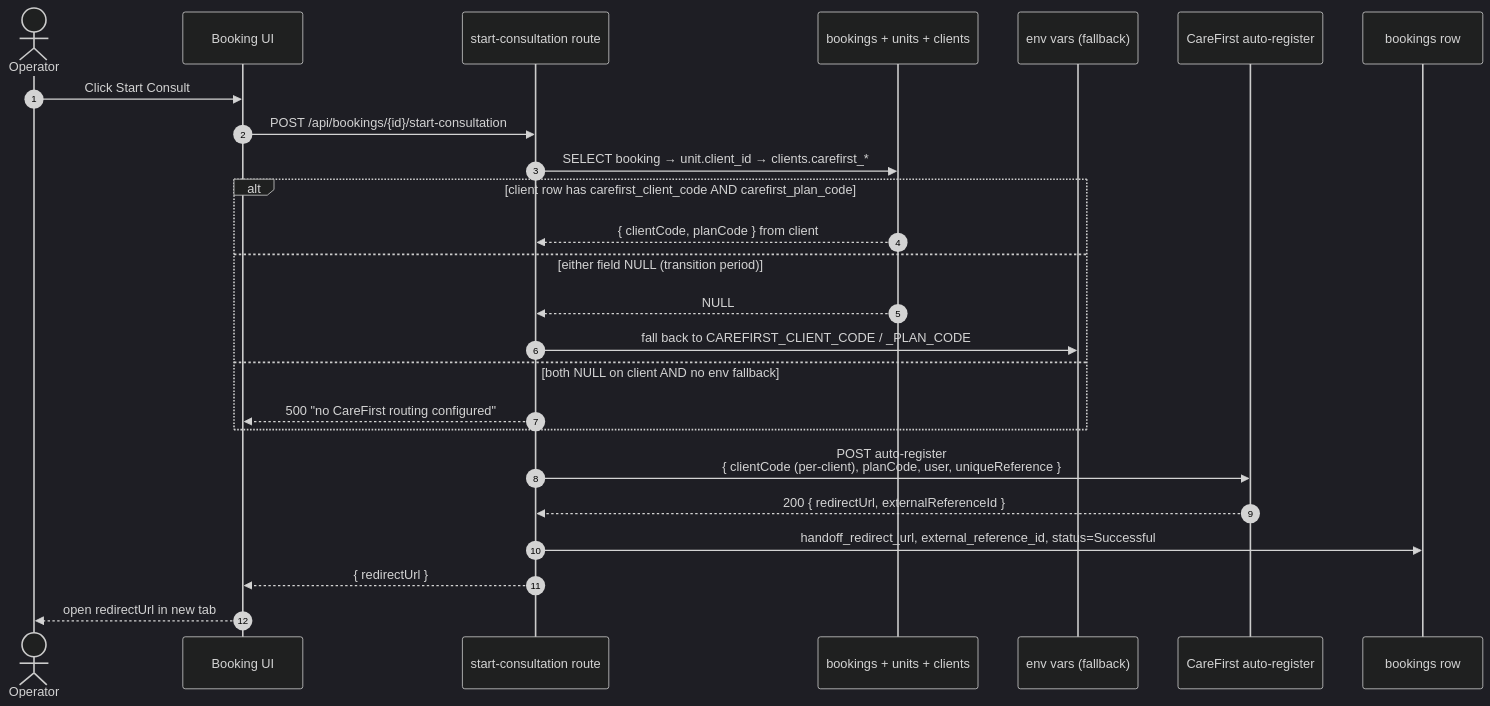
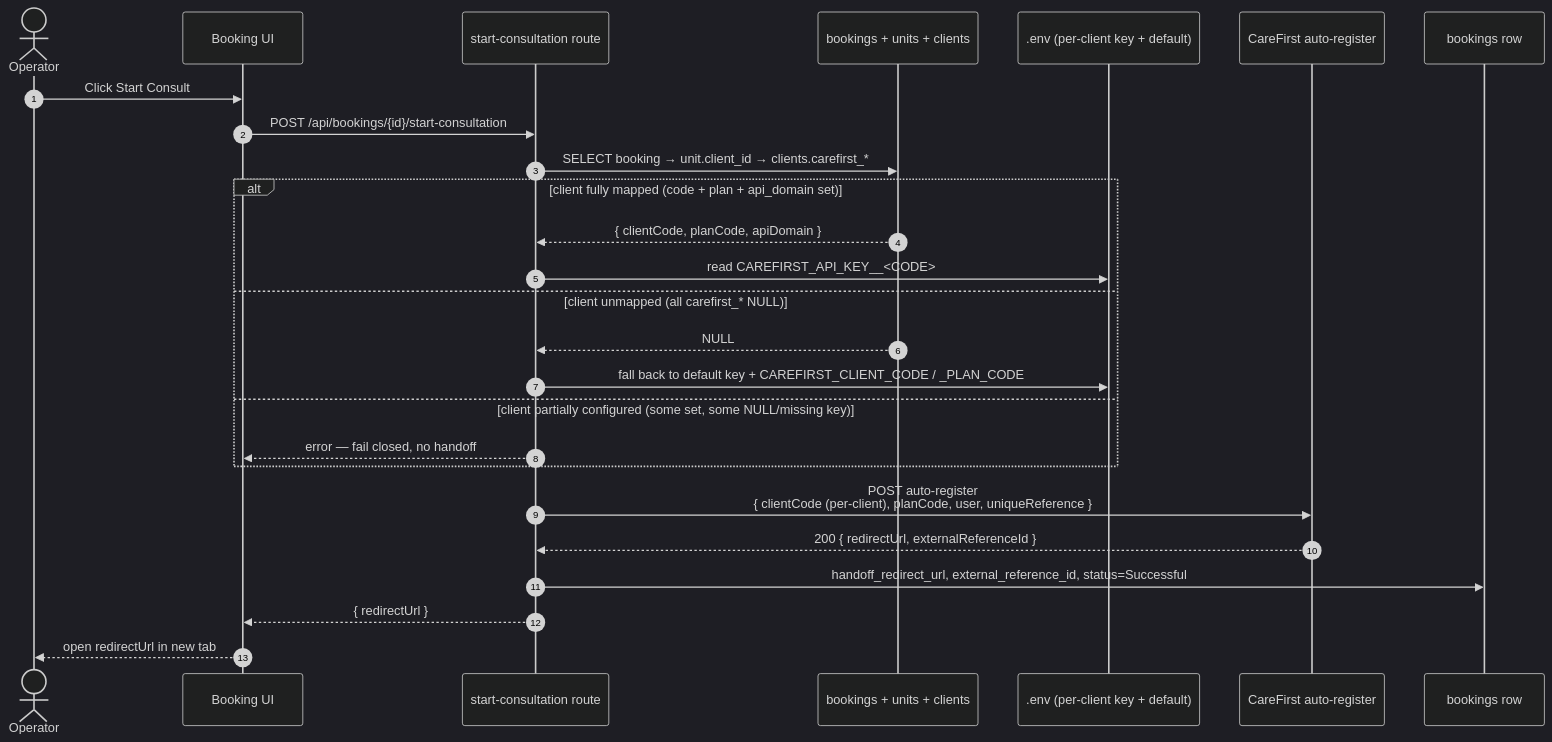
One commit to LuckyDaWizard/3rd-Party-Booking-System changed the third of 3 diagrams in booking-app/content/reports/multi-client-routing.mdx. Above: the diagram before and after it, drawn with Mermaid (dark theme). The commit also changed other lines of this file and 6 other files, not shown here.

````diff
--- a/booking-app/content/reports/multi-client-routing.mdx
+++ b/booking-app/content/reports/multi-client-routing.mdx
@@ -109,28 +108,29 @@
 ```mermaid
 sequenceDiagram
     autonumber
     actor Op as Operator
     participant UI as Booking UI
     participant API as start-consultation route
     participant DB as bookings + units + clients
-    participant ENV as env vars (fallback)
+    participant ENV as .env (per-client key + default)
     participant CF as CareFirst auto-register
     participant BK as bookings row
 
     Op->>UI: Click Start Consult
     UI->>API: POST /api/bookings/{id}/start-consultation
     API->>DB: SELECT booking → unit.client_id → clients.carefirst_*
-    alt client row has carefirst_client_code AND carefirst_plan_code
-        DB-->>API: { clientCode, planCode } from client
-    else either field NULL (transition period)
+    alt client fully mapped (code + plan + api_domain set)
+        DB-->>API: { clientCode, planCode, apiDomain }
+        API->>ENV: read CAREFIRST_API_KEY__<CODE>
+    else client unmapped (all carefirst_* NULL)
         DB-->>API: NULL
-        API->>ENV: fall back to CAREFIRST_CLIENT_CODE / _PLAN_CODE
-    else both NULL on client AND no env fallback
-        API-->>UI: 500 "no CareFirst routing configured"
+        API->>ENV: fall back to default key + CAREFIRST_CLIENT_CODE / _PLAN_CODE
+    else client partially configured (some set, some NULL/missing key)
+        API-->>UI: error — fail closed, no handoff
     end
     API->>CF: POST auto-register<br/>{ clientCode (per-client), planCode, user, uniqueReference }
     CF-->>API: 200 { redirectUrl, externalReferenceId }
     API->>BK: handoff_redirect_url, external_reference_id, status=Successful
     API-->>UI: { redirectUrl }
     UI-->>Op: open redirectUrl in new tab
 ```
````
